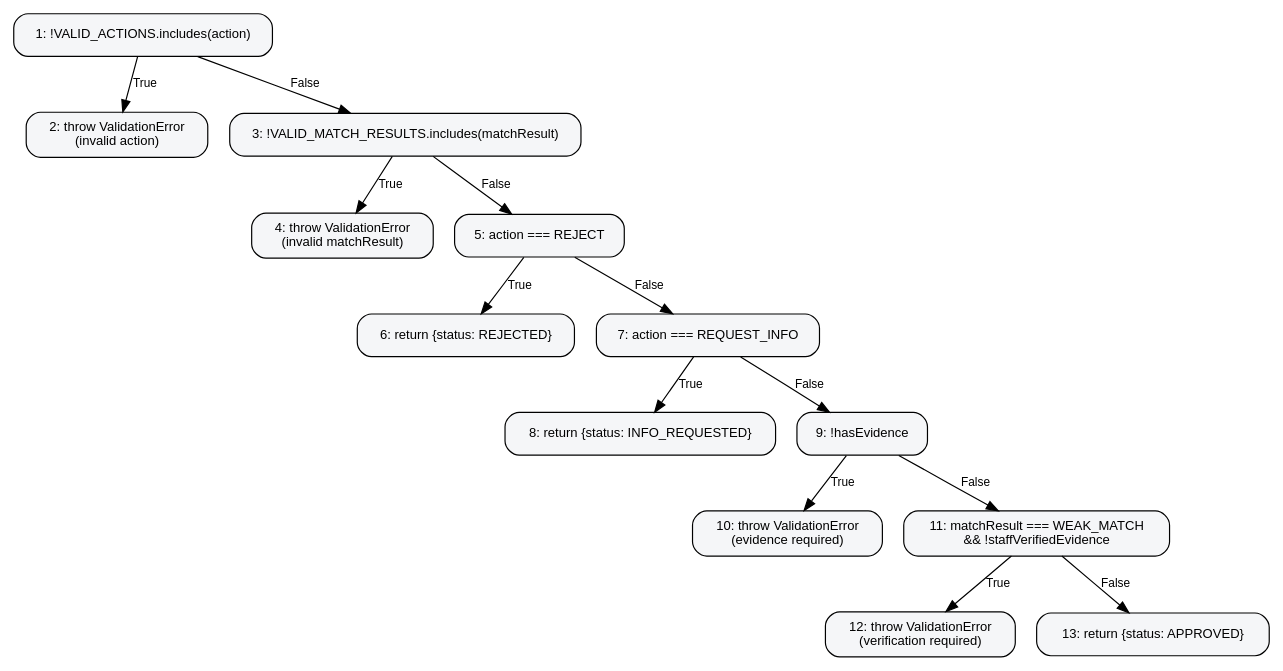
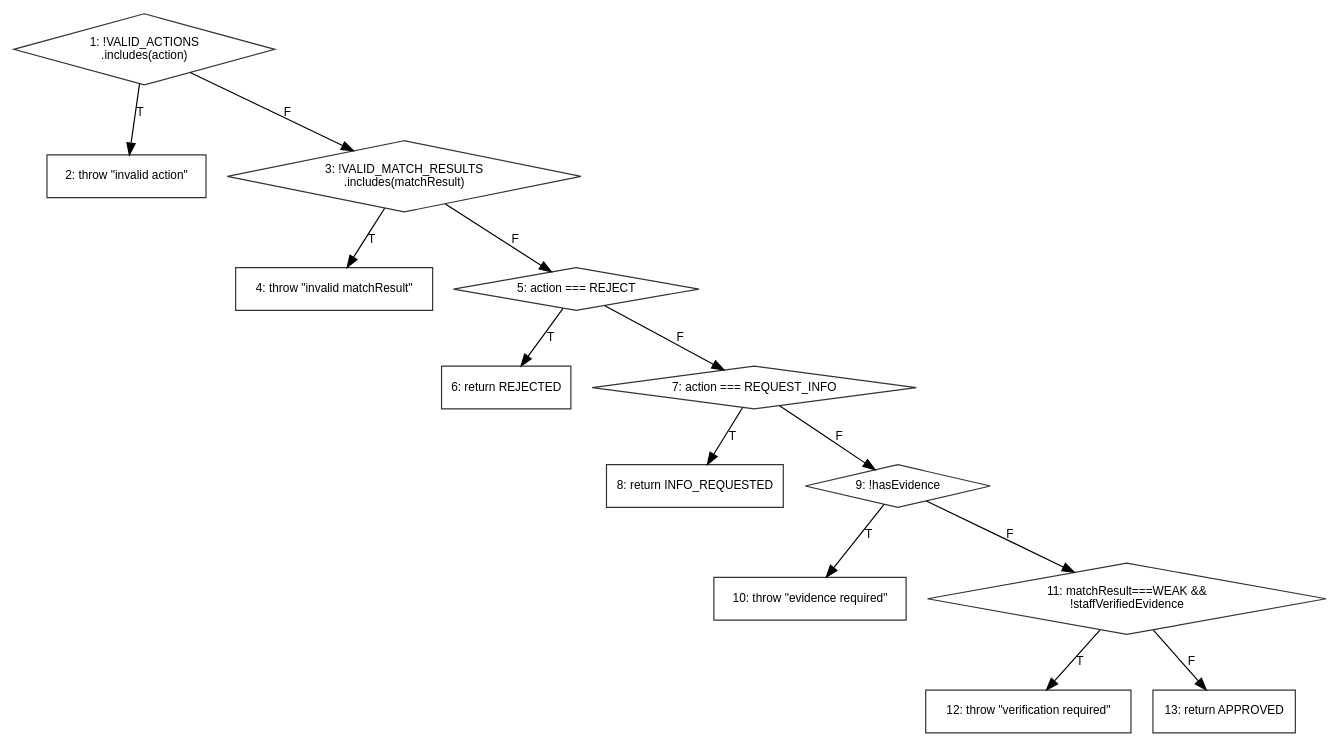
Before and after one commit to Meili1407/Software-Testing-LostFound: the diagram in report-assets/cfg/decideClaim.dot, drawn with Graphviz. The commit also changed 28 other files, not shown here.

```diff
--- a/report-assets/cfg/decideClaim.dot
+++ b/report-assets/cfg/decideClaim.dot
@@ -1,32 +1,32 @@
 digraph decideClaim {
   rankdir=TB;
-  node [shape=box, style="rounded,filled", fillcolor="#f5f6f8", fontname="Helvetica", fontsize=11, margin="0.15,0.1"];
+  node [shape=box, fontname="Helvetica", fontsize=10, color="#333333"];
   edge [fontname="Helvetica", fontsize=10];
 
-  N1 [label="1: !VALID_ACTIONS.includes(action)"];
-  N2 [label="2: throw ValidationError\n(invalid action)"];
-  N3 [label="3: !VALID_MATCH_RESULTS.includes(matchResult)"];
-  N4 [label="4: throw ValidationError\n(invalid matchResult)"];
-  N5 [label="5: action === REJECT"];
-  N6 [label="6: return {status: REJECTED}"];
-  N7 [label="7: action === REQUEST_INFO"];
-  N8 [label="8: return {status: INFO_REQUESTED}"];
-  N9 [label="9: !hasEvidence"];
-  N10 [label="10: throw ValidationError\n(evidence required)"];
-  N11 [label="11: matchResult === WEAK_MATCH\n&& !staffVerifiedEvidence"];
-  N12 [label="12: throw ValidationError\n(verification required)"];
-  N13 [label="13: return {status: APPROVED}"];
+  N1 [shape=diamond, label="1: !VALID_ACTIONS\n.includes(action)"];
+  N2 [label="2: throw \"invalid action\""];
+  N3 [shape=diamond, label="3: !VALID_MATCH_RESULTS\n.includes(matchResult)"];
+  N4 [label="4: throw \"invalid matchResult\""];
+  N5 [shape=diamond, label="5: action === REJECT"];
+  N6 [label="6: return REJECTED"];
+  N7 [shape=diamond, label="7: action === REQUEST_INFO"];
+  N8 [label="8: return INFO_REQUESTED"];
+  N9 [shape=diamond, label="9: !hasEvidence"];
+  N10 [label="10: throw \"evidence required\""];
+  N11 [shape=diamond, label="11: matchResult===WEAK &&\n!staffVerifiedEvidence"];
+  N12 [label="12: throw \"verification required\""];
+  N13 [label="13: return APPROVED"];
 
-  N1 -> N2 [label="True"];
-  N1 -> N3 [label="False"];
-  N3 -> N4 [label="True"];
-  N3 -> N5 [label="False"];
-  N5 -> N6 [label="True"];
-  N5 -> N7 [label="False"];
-  N7 -> N8 [label="True"];
-  N7 -> N9 [label="False"];
-  N9 -> N10 [label="True"];
-  N9 -> N11 [label="False"];
-  N11 -> N12 [label="True"];
-  N11 -> N13 [label="False"];
+  N1 -> N2 [label="T"];
+  N1 -> N3 [label="F"];
+  N3 -> N4 [label="T"];
+  N3 -> N5 [label="F"];
+  N5 -> N6 [label="T"];
+  N5 -> N7 [label="F"];
+  N7 -> N8 [label="T"];
+  N7 -> N9 [label="F"];
+  N9 -> N10 [label="T"];
+  N9 -> N11 [label="F"];
+  N11 -> N12 [label="T"];
+  N11 -> N13 [label="F"];
 }
```
